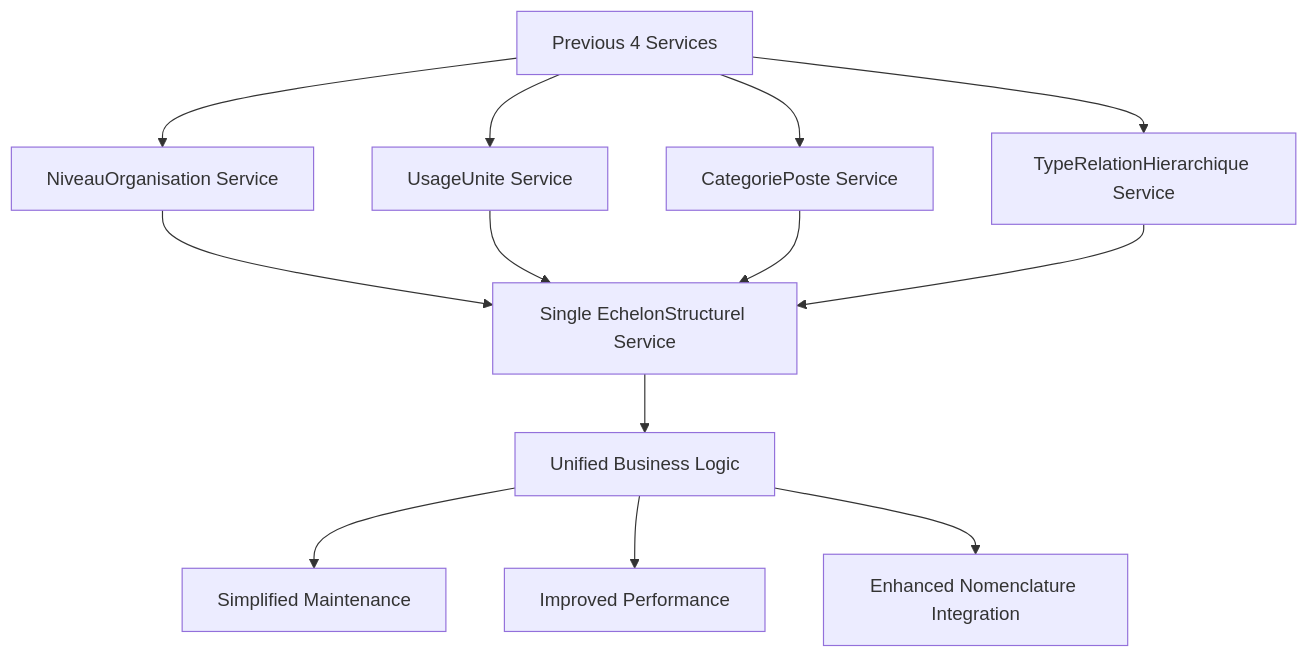
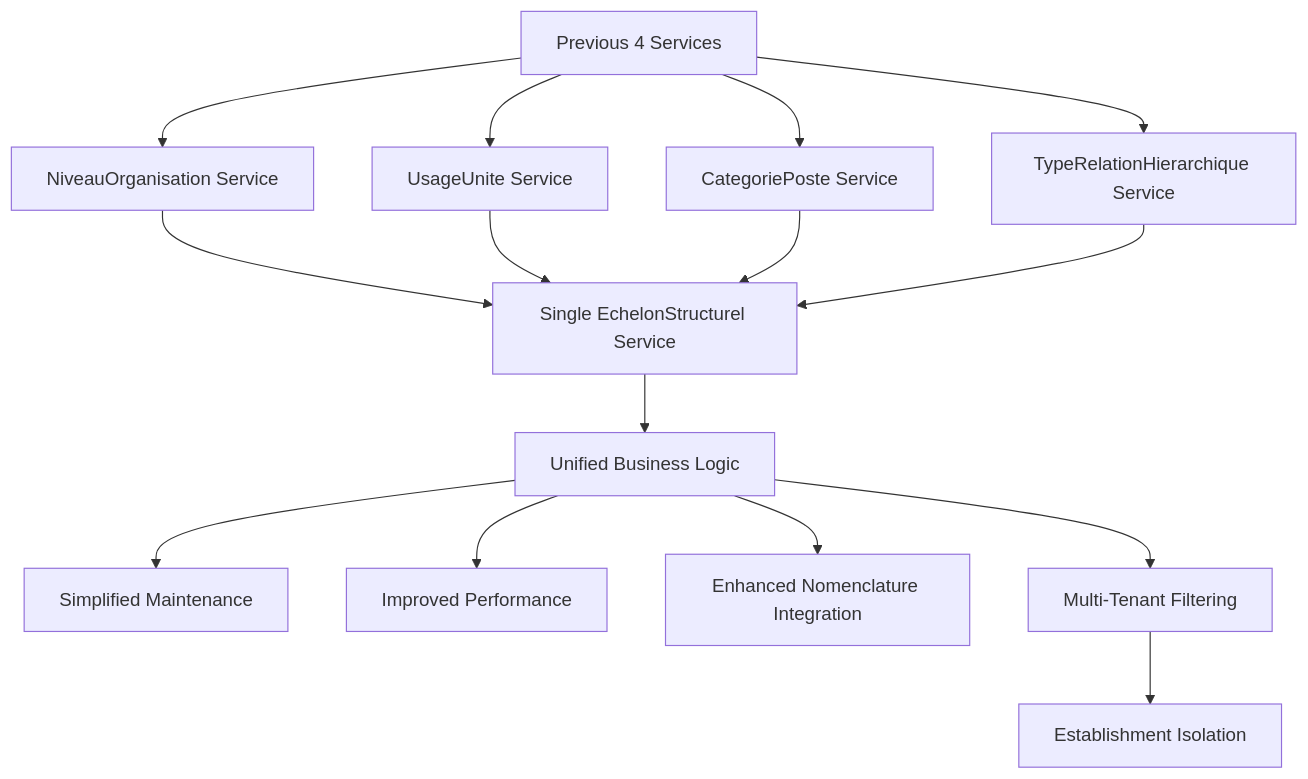
Before and after one commit to franckylab/eLISAschool: the fourth of 10 diagrams in .qoder/repowiki/en/content/Human Resources Management/Personnel Administration/Organizational Structure.md, drawn with Mermaid. The commit also changed other lines of this file and 49 other files, not shown here.

````diff
--- a/.qoder/repowiki/en/content/Human Resources Management/Personnel Administration/Organizational Structure.md
+++ b/.qoder/repowiki/en/content/Human Resources Management/Personnel Administration/Organizational Structure.md
@@ -239,15 +258,17 @@
 ```mermaid
 flowchart TD
 A["Previous 4 Services"] --> B["NiveauOrganisation Service"]
 A --> C["UsageUnite Service"]
 A --> D["CategoriePoste Service"]
 A --> E["TypeRelationHierarchique Service"]
 B --> F["Single EchelonStructurel Service"]
 C --> F
 D --> F
 E --> F
 F --> G["Unified Business Logic"]
 G --> H["Simplified Maintenance"]
 G --> I["Improved Performance"]
 G --> J["Enhanced Nomenclature Integration"]
+G --> K["Multi-Tenant Filtering"]
+K --> L["Establishment Isolation"]
 ```
````
